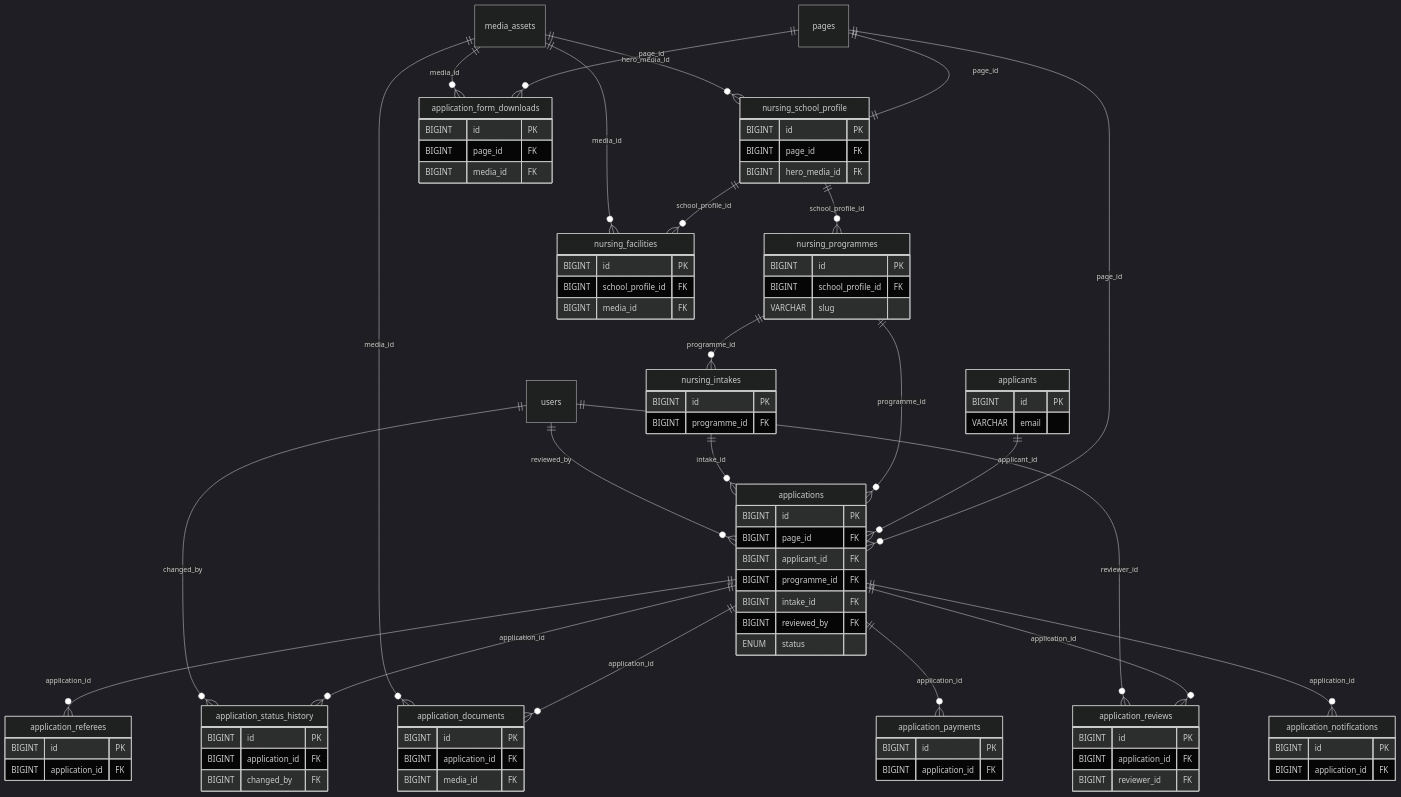
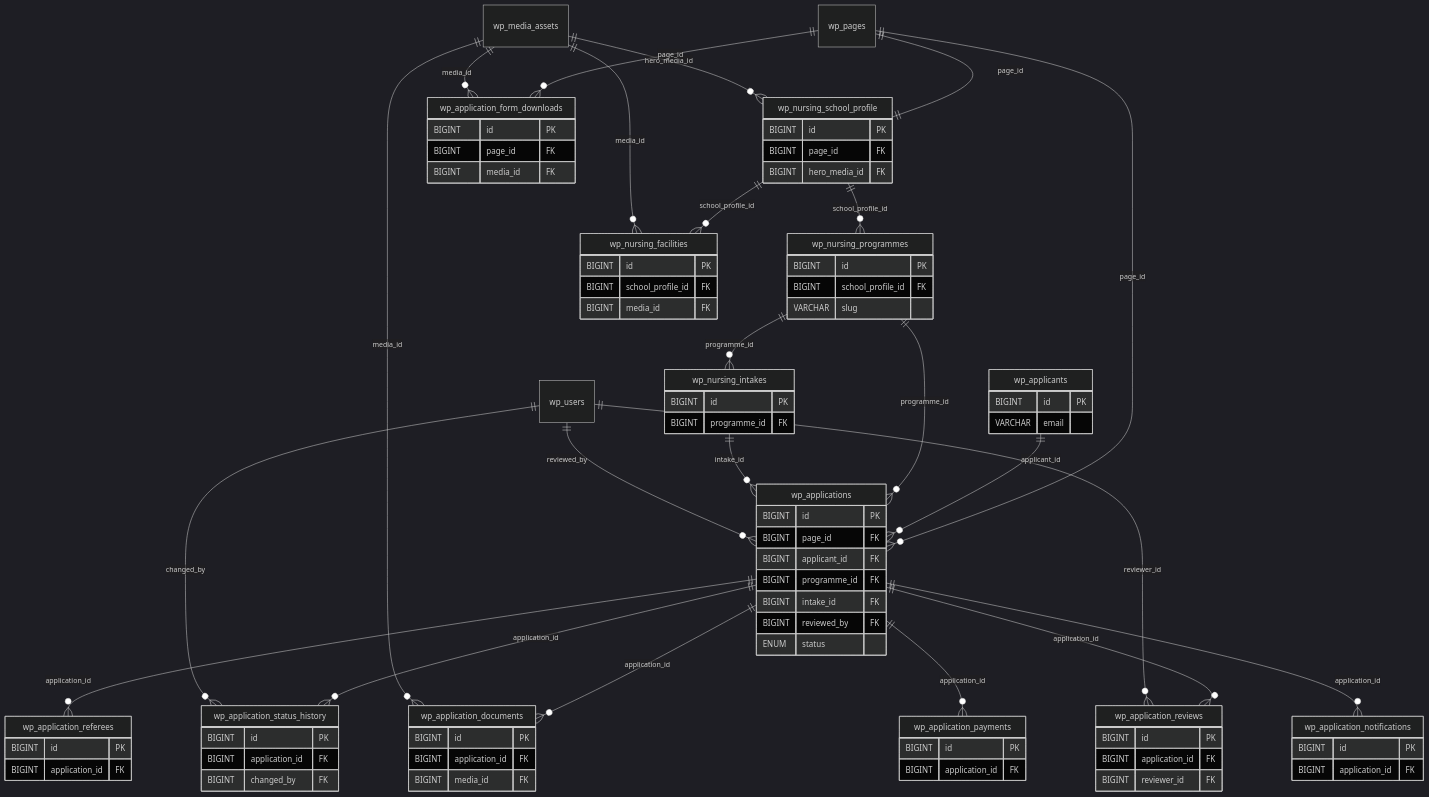
One commit to wagura-maurice/ollmh-wayback-snapshot changed the fifth of 9 diagrams in docs/ERD.md. Above: the diagram before and after it, drawn with Mermaid (dark theme). The commit also changed other lines of this file and 30 other files, not shown here.

First line of the commit message:
docs: add wp_ table prefix and header/footer information architecture

````diff
--- a/docs/ERD.md
+++ b/docs/ERD.md
@@ -247,53 +247,53 @@
 ```mermaid
 erDiagram
-    pages ||--|| nursing_school_profile : "page_id"
-    media_assets ||--o{ nursing_school_profile : "hero_media_id"
-    nursing_school_profile ||--o{ nursing_programmes : "school_profile_id"
-    nursing_school_profile ||--o{ nursing_facilities : "school_profile_id"
-    media_assets ||--o{ nursing_facilities : "media_id"
-    nursing_programmes ||--o{ nursing_intakes : "programme_id"
+    wp_pages ||--|| wp_nursing_school_profile : "page_id"
+    wp_media_assets ||--o{ wp_nursing_school_profile : "hero_media_id"
+    wp_nursing_school_profile ||--o{ wp_nursing_programmes : "school_profile_id"
+    wp_nursing_school_profile ||--o{ wp_nursing_facilities : "school_profile_id"
+    wp_media_assets ||--o{ wp_nursing_facilities : "media_id"
+    wp_nursing_programmes ||--o{ wp_nursing_intakes : "programme_id"
 
-    pages ||--o{ applications : "page_id"
-    applicants ||--o{ applications : "applicant_id"
-    nursing_programmes ||--o{ applications : "programme_id"
-    nursing_intakes ||--o{ applications : "intake_id"
-    users ||--o{ applications : "reviewed_by"
-    applications ||--o{ application_documents : "application_id"
-    media_assets ||--o{ application_documents : "media_id"
-    pages ||--o{ application_form_downloads : "page_id"
-    media_assets ||--o{ application_form_downloads : "media_id"
-    applications ||--o{ application_status_history : "application_id"
-    users ||--o{ application_status_history : "changed_by"
-    applications ||--o{ application_referees : "application_id"
-    applications ||--o{ application_reviews : "application_id"
-    users ||--o{ application_reviews : "reviewer_id"
-    applications ||--o{ application_payments : "application_id"
-    applications ||--o{ application_notifications : "application_id"
+    wp_pages ||--o{ wp_applications : "page_id"
+    wp_applicants ||--o{ wp_applications : "applicant_id"
+    wp_nursing_programmes ||--o{ wp_applications : "programme_id"
+    wp_nursing_intakes ||--o{ wp_applications : "intake_id"
+    wp_users ||--o{ wp_applications : "reviewed_by"
+    wp_applications ||--o{ wp_application_documents : "application_id"
+    wp_media_assets ||--o{ wp_application_documents : "media_id"
+    wp_pages ||--o{ wp_application_form_downloads : "page_id"
+    wp_media_assets ||--o{ wp_application_form_downloads : "media_id"
+    wp_applications ||--o{ wp_application_status_history : "application_id"
+    wp_users ||--o{ wp_application_status_history : "changed_by"
+    wp_applications ||--o{ wp_application_referees : "application_id"
+    wp_applications ||--o{ wp_application_reviews : "application_id"
+    wp_users ||--o{ wp_application_reviews : "reviewer_id"
+    wp_applications ||--o{ wp_application_payments : "application_id"
+    wp_applications ||--o{ wp_application_notifications : "application_id"
 
-    nursing_school_profile {
+    wp_nursing_school_profile {
         BIGINT id PK
         BIGINT page_id FK
         BIGINT hero_media_id FK
     }
-    nursing_programmes {
+    wp_nursing_programmes {
         BIGINT id PK
         BIGINT school_profile_id FK
         VARCHAR slug
     }
-    nursing_facilities {
+    wp_nursing_facilities {
         BIGINT id PK
         BIGINT school_profile_id FK
         BIGINT media_id FK
     }
-    nursing_intakes {
+    wp_nursing_intakes {
         BIGINT id PK
         BIGINT programme_id FK
     }
-    applicants {
+    wp_applicants {
         BIGINT id PK
         VARCHAR email
     }
-    applications {
+    wp_applications {
         BIGINT id PK
         BIGINT page_id FK
         BIGINT applicant_id FK
@@ -302,35 +302,35 @@
         BIGINT reviewed_by FK
         ENUM status
     }
-    application_documents {
+    wp_application_documents {
         BIGINT id PK
         BIGINT application_id FK
         BIGINT media_id FK
     }
-    application_form_downloads {
+    wp_application_form_downloads {
         BIGINT id PK
         BIGINT page_id FK
         BIGINT media_id FK
     }
-    application_status_history {
+    wp_application_status_history {
         BIGINT id PK
         BIGINT application_id FK
         BIGINT changed_by FK
     }
-    application_referees {
+    wp_application_referees {
         BIGINT id PK
         BIGINT application_id FK
     }
-    application_reviews {
+    wp_application_reviews {
         BIGINT id PK
         BIGINT application_id FK
         BIGINT reviewer_id FK
     }
-    application_payments {
+    wp_application_payments {
         BIGINT id PK
         BIGINT application_id FK
     }
-    application_notifications {
+    wp_application_notifications {
         BIGINT id PK
         BIGINT application_id FK
     }
````
